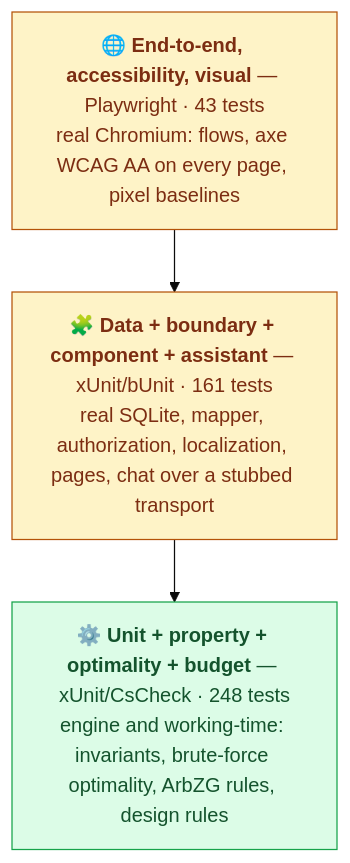
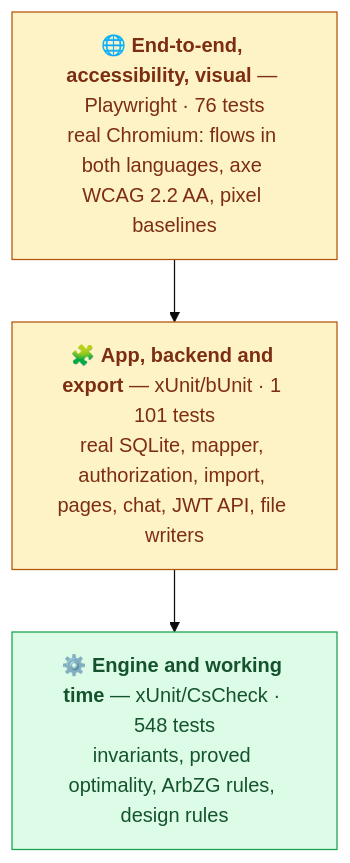
The diagram in docs/TESTING.md (aco993/WorkPlanStudio), drawn with Mermaid (base theme) before and after one commit. The commit also changed other lines of this file and 435 other files, not shown here.

````diff
--- a/docs/TESTING.md
+++ b/docs/TESTING.md
@@ -13,13 +12,13 @@
 ```mermaid
 graph TD
-    E2E["🌐 <b>End-to-end, accessibility, visual</b> — Playwright · 43 tests<br/>real Chromium: flows, axe WCAG AA on every page, pixel baselines"]
-    WEB["🧩 <b>Data + boundary + component + assistant</b> — xUnit/bUnit · 161 tests<br/>real SQLite, mapper, authorization, localization, pages, chat over a stubbed transport"]
-    UNIT["⚙️ <b>Unit + property + optimality + budget</b> — xUnit/CsCheck · 248 tests<br/>engine and working-time: invariants, brute-force optimality, ArbZG rules, design rules"]
+    E2E["🌐 <b>End-to-end, accessibility, visual</b> — Playwright · 76 tests<br/>real Chromium: flows in both languages, axe WCAG 2.2 AA, pixel baselines"]
+    APP["🧩 <b>App, backend and export</b> — xUnit/bUnit · 1 101 tests<br/>real SQLite, mapper, authorization, import, pages, chat, JWT API, file writers"]
+    UNIT["⚙️ <b>Engine and working time</b> — xUnit/CsCheck · 548 tests<br/>invariants, proved optimality, ArbZG rules, design rules"]
 
-    E2E --> WEB --> UNIT
+    E2E --> APP --> UNIT
 
     classDef fast fill:#dcfce7,stroke:#16a34a,color:#14532d;
     classDef slow fill:#fef3c7,stroke:#b45309,color:#7c2d12;
     class UNIT fast;
-    class WEB,E2E slow;
+    class APP,E2E slow;
 ```
````
